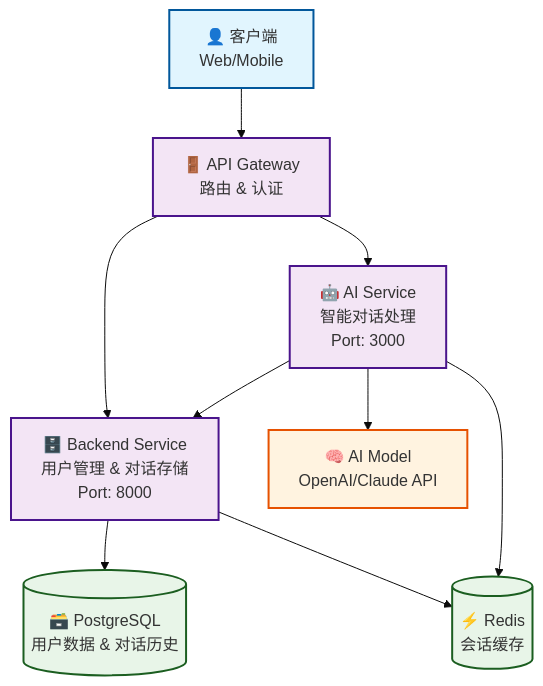
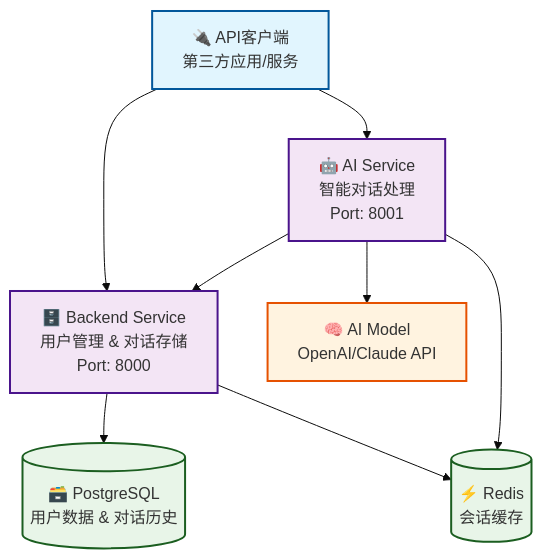
One commit to hedwig-44/HEARTALK-AI changed the first of 5 diagrams in README.md. Above: the diagram before and after it, drawn with Mermaid (base theme). The commit also changed other lines of this file and 14 other files, not shown here.

````diff
--- a/README.md
+++ b/README.md
@@ -26,41 +33,37 @@
 ```mermaid
 graph TB
-    %% 用户层
-    Client[👤 客户端<br/>Web/Mobile]
-    
-    %% API网关层
-    Gateway[🚪 API Gateway<br/>路由 & 认证]
+    %% API用户层  
+    API_Clients[🔌 API客户端<br/>第三方应用/服务]
     
     %% 核心服务层
     Backend[🗄️ Backend Service<br/>用户管理 & 对话存储<br/>Port: 8000]
-    AIService[🤖 AI Service<br/>智能对话处理<br/>Port: 3000]
+    AIService[🤖 AI Service<br/>智能对话处理<br/>Port: 8001]
     
     %% 数据层
     Database[(🗃️ PostgreSQL<br/>用户数据 & 对话历史)]
     Cache[(⚡ Redis<br/>会话缓存)]
     
     %% AI模型层
     AIModel[🧠 AI Model<br/>OpenAI/Claude API]
     
     %% 连接关系
-    Client --> Gateway
-    Gateway --> Backend
-    Gateway --> AIService
+    API_Clients --> Backend
+    API_Clients --> AIService
     
     Backend --> Database
     Backend --> Cache
     AIService --> Backend
     AIService --> AIModel
     AIService --> Cache
     
     %% 样式
     classDef clientStyle fill:#e1f5fe,stroke:#01579b,stroke-width:2px
     classDef serviceStyle fill:#f3e5f5,stroke:#4a148c,stroke-width:2px
     classDef dataStyle fill:#e8f5e8,stroke:#1b5e20,stroke-width:2px
     classDef aiStyle fill:#fff3e0,stroke:#e65100,stroke-width:2px
     
-    class Client clientStyle
-    class Gateway,Backend,AIService serviceStyle
+    class API_Clients clientStyle
+    class Backend,AIService serviceStyle
     class Database,Cache dataStyle
     class AIModel aiStyle
 ```
````
